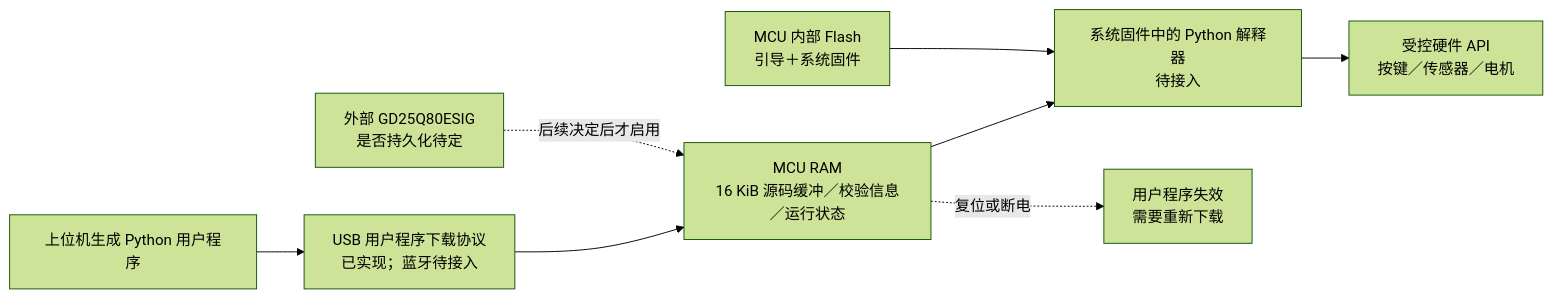
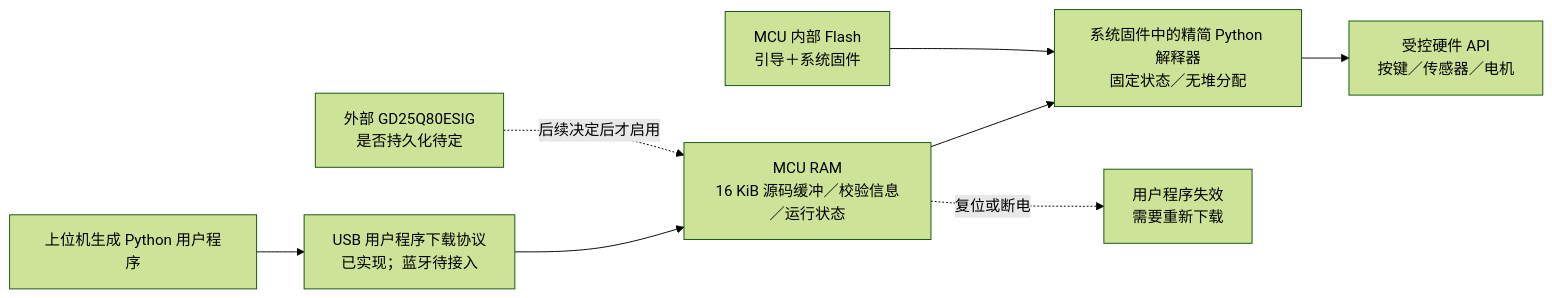
Before and after one commit to msl1831/KLQ_V2: the fourth of 6 diagrams in docs/architecture_current.md, drawn with Mermaid (forest theme). The commit also changed other lines of this file and 20 other files, not shown here.

````diff
--- a/docs/architecture_current.md
+++ b/docs/architecture_current.md
@@ -153,16 +153,16 @@
 ```mermaid
 flowchart LR
     PC[上位机生成 Python 用户程序]
     LINK[USB 用户程序下载协议<br/>已实现；蓝牙待接入]
     RAM[MCU RAM<br/>16 KiB 源码缓冲／校验信息／运行状态]
-    VM[系统固件中的 Python 解释器<br/>待接入]
+    VM[系统固件中的精简 Python 解释器<br/>固定状态／无堆分配]
     HWAPI[受控硬件 API<br/>按键／传感器／电机]
     EXT[外部 GD25Q80ESIG<br/>是否持久化待定]
     INTERNAL[MCU 内部 Flash<br/>引导＋系统固件]
     LOST[用户程序失效<br/>需要重新下载]
 
     PC --> LINK --> RAM --> VM --> HWAPI
     EXT -.->|后续决定后才启用| RAM
     INTERNAL --> VM
     RAM -.->|复位或断电| LOST
 ```
````
